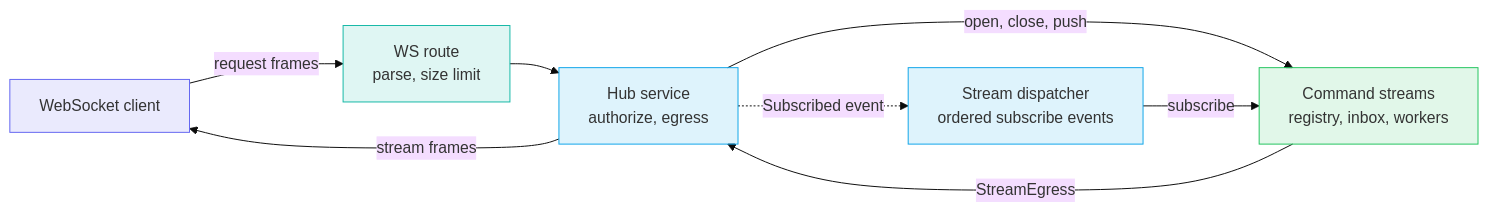
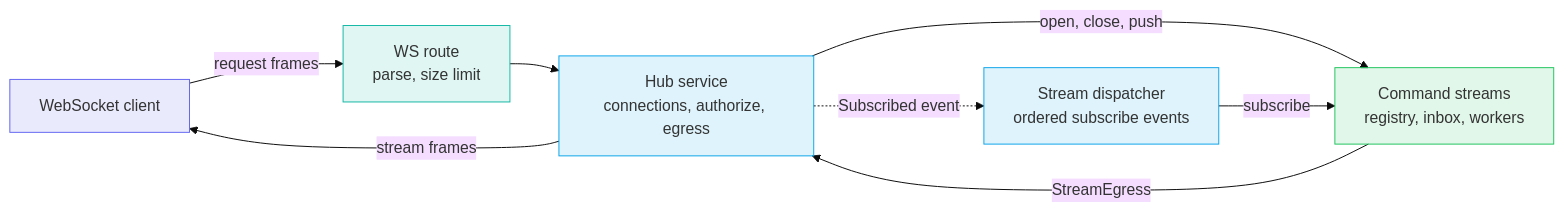
Before and after one commit to gzp79/shine-services: the first of 6 diagrams in docs/services/builder/hub.md, drawn with Mermaid (base theme). The commit also changed other lines of this file and 3 other files, not shown here.

````diff
--- a/docs/services/builder/hub.md
+++ b/docs/services/builder/hub.md
@@ -13,19 +15,19 @@
 ```mermaid
 flowchart LR
     classDef indigo fill:#6366f122,stroke:#6366f1
     classDef teal fill:#14b8a622,stroke:#14b8a6
     classDef blue fill:#0ea5e922,stroke:#0ea5e9
     classDef green fill:#22c55e22,stroke:#22c55e
 
     Client["WebSocket client"]:::indigo
     Route["WS route<br/>parse, size limit"]:::teal
-    Hub["Hub service<br/>authorize, egress"]:::blue
+    Hub["Hub service<br/>connections, authorize, egress"]:::blue
     Dispatcher["Stream dispatcher<br/>ordered subscribe events"]:::blue
     Streams["Command streams<br/>registry, inbox, workers"]:::green
 
     Client -- "request frames" --> Route --> Hub
     Hub -- "open, close, push" --> Streams
     Hub -. "Subscribed event" .-> Dispatcher -- "subscribe" --> Streams
     Streams -- "StreamEgress" --> Hub
     Hub -- "stream frames" --> Client
 ```
````
